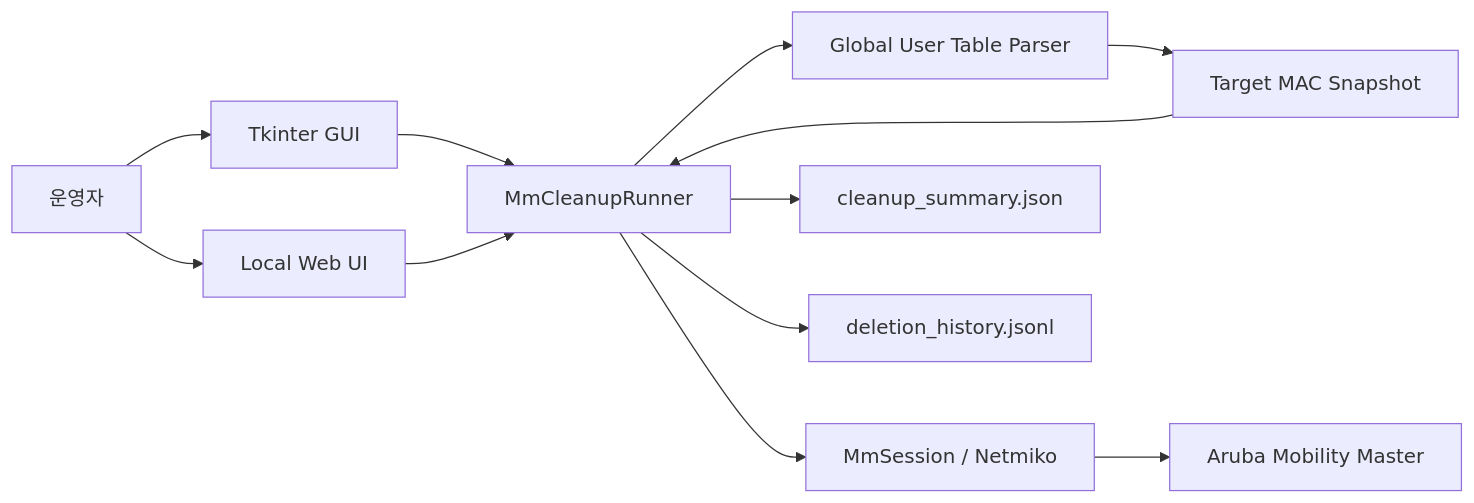
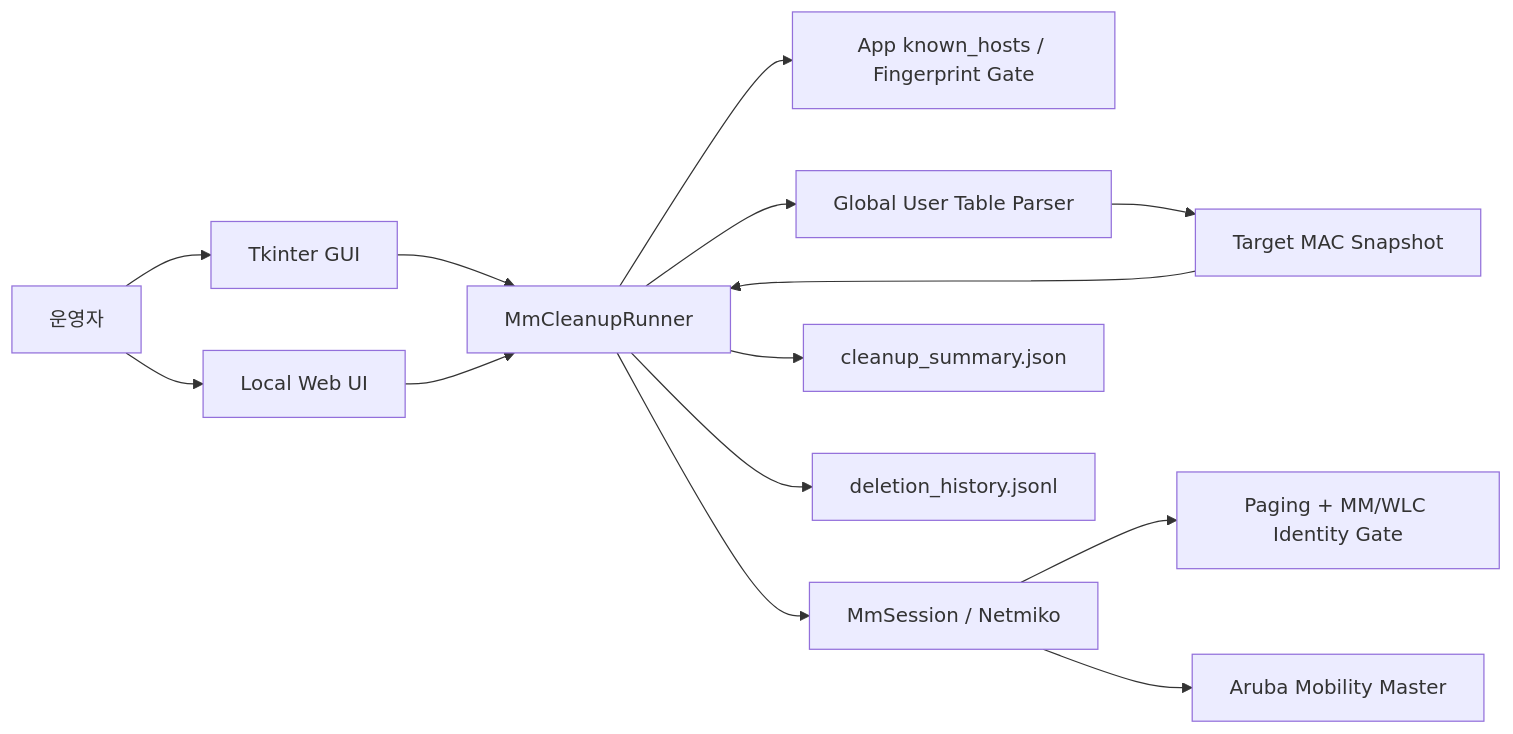
Before and after one commit to sebia1993/aruba-mm-session-cleanup: the diagram in docs/ARCHITECTURE.md, drawn with Mermaid. The commit also changed other lines of this file and 40 other files, not shown here.

````diff
--- a/docs/ARCHITECTURE.md
+++ b/docs/ARCHITECTURE.md
@@ -9,14 +9,16 @@
 ```mermaid
 flowchart LR
     OP["운영자"] --> GUI["Tkinter GUI"]
     OP --> WEB["Local Web UI"]
     GUI --> RUN["MmCleanupRunner"]
     WEB --> RUN
+    RUN --> TRUST["App known_hosts / Fingerprint Gate"]
     RUN --> PARSER["Global User Table Parser"]
     RUN --> SESSION["MmSession / Netmiko"]
+    SESSION --> ID["Paging + MM/WLC Identity Gate"]
     SESSION --> MM["Aruba Mobility Master"]
     PARSER --> SNAP["Target MAC Snapshot"]
     SNAP --> RUN
     RUN --> AUDIT["cleanup_summary.json"]
     RUN --> HISTORY["deletion_history.jsonl"]
 ```
````
